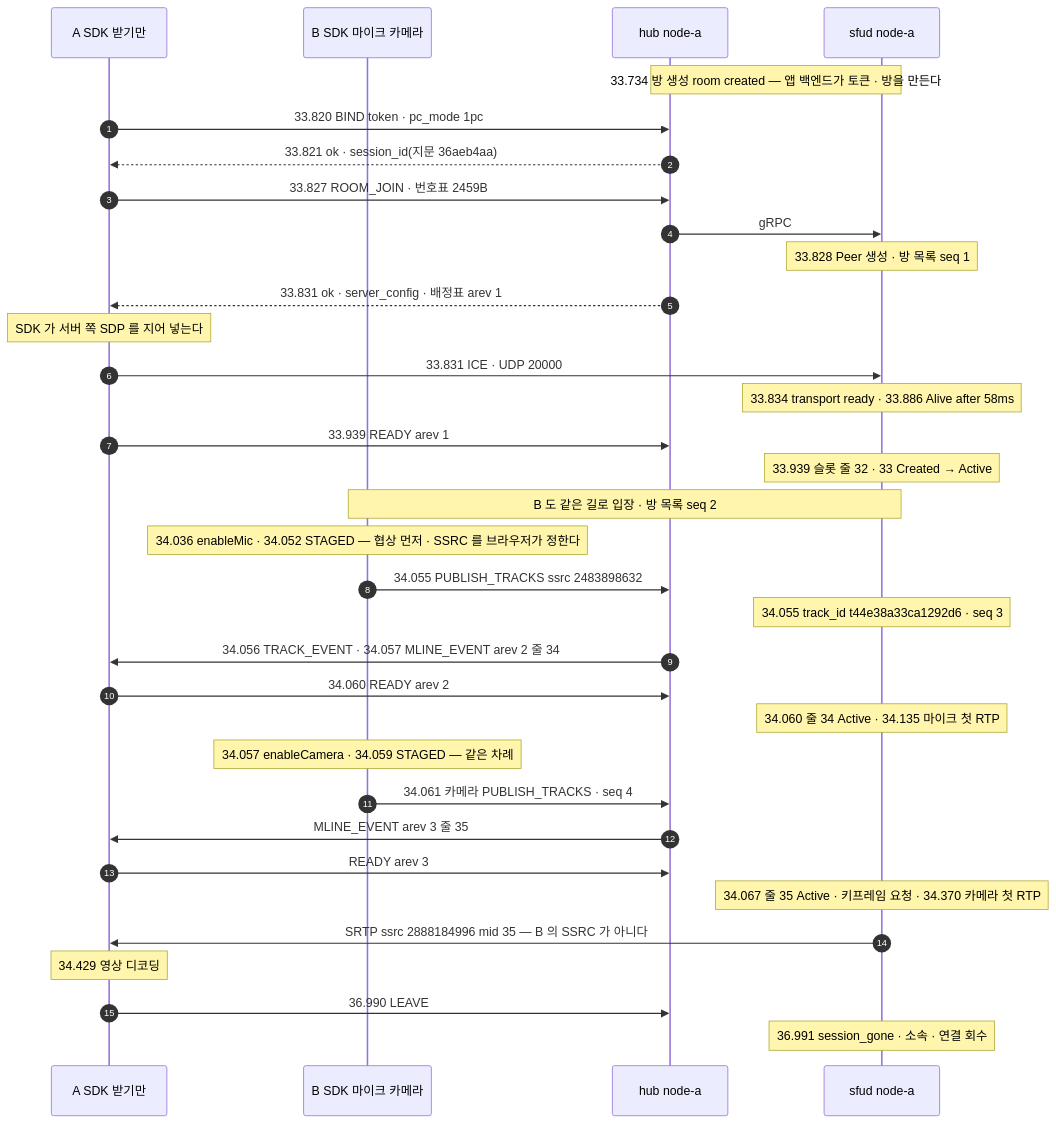
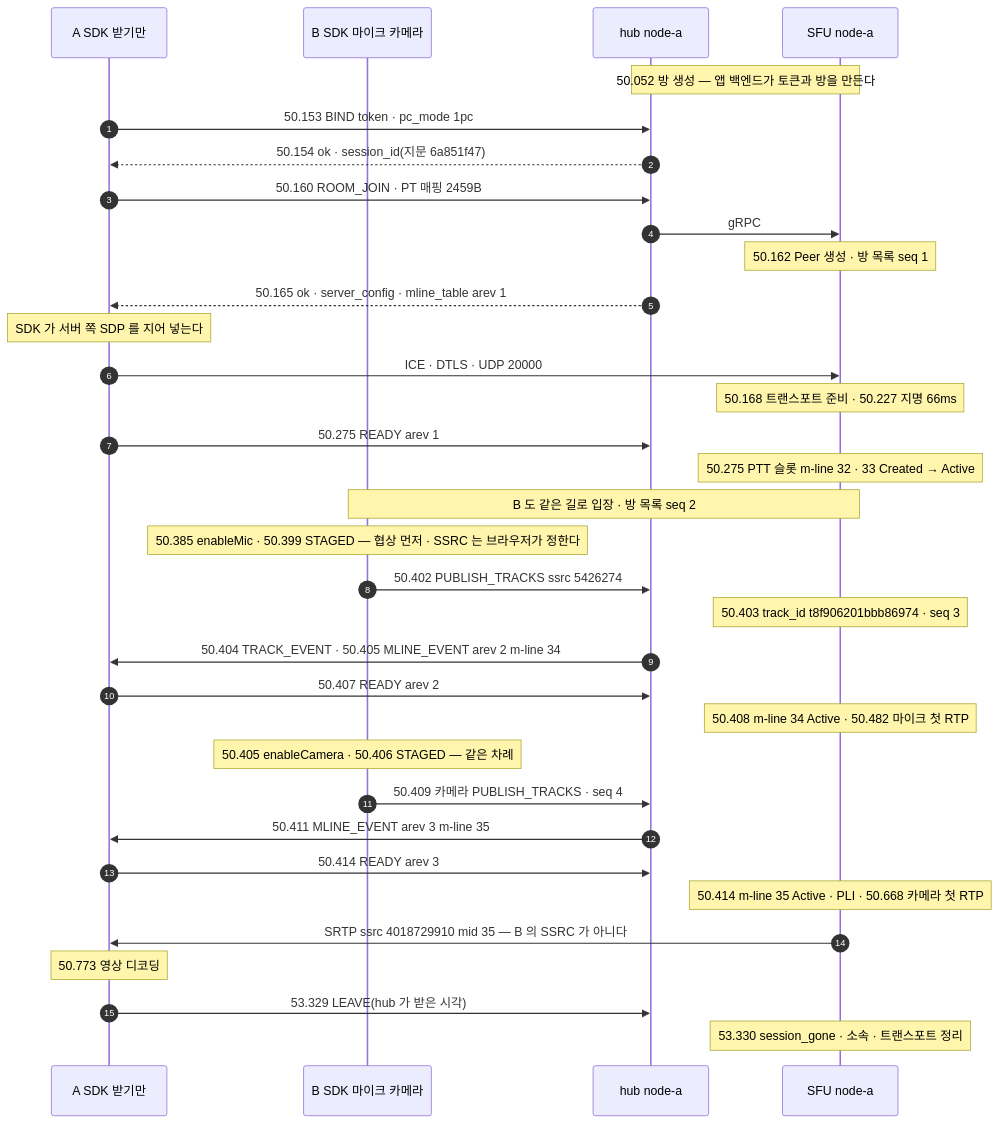
The second of 2 diagrams in docs/learn/01_OVERVIEW.md (kodeholic9/oxlens-sfu), drawn with Mermaid before and after one commit. The commit also changed other lines of this file and 19 other files, not shown here.

````diff
--- a/docs/learn/01_OVERVIEW.md
+++ b/docs/learn/01_OVERVIEW.md
@@ -64,36 +64,36 @@
 ```mermaid
 sequenceDiagram
   autonumber
   participant A as A SDK 받기만
   participant B as B SDK 마이크 카메라
   participant H as hub node-a
-  participant S as sfud node-a
-  Note over H,S: 33.734 방 생성 room created — 앱 백엔드가 토큰 · 방을 만든다
-  A->>H: 33.820 BIND token · pc_mode 1pc
-  H-->>A: 33.821 ok · session_id(지문 36aeb4aa)
-  A->>H: 33.827 ROOM_JOIN · 번호표 2459B
+  participant S as SFU node-a
+  Note over H,S: 50.052 방 생성 — 앱 백엔드가 토큰과 방을 만든다
+  A->>H: 50.153 BIND token · pc_mode 1pc
+  H-->>A: 50.154 ok · session_id(지문 6a851f47)
+  A->>H: 50.160 ROOM_JOIN · PT 매핑 2459B
   H->>S: gRPC
-  Note over S: 33.828 Peer 생성 · 방 목록 seq 1
-  H-->>A: 33.831 ok · server_config · 배정표 arev 1
+  Note over S: 50.162 Peer 생성 · 방 목록 seq 1
+  H-->>A: 50.165 ok · server_config · mline_table arev 1
   Note over A: SDK 가 서버 쪽 SDP 를 지어 넣는다
-  A->>S: 33.831 ICE · UDP 20000
-  Note over S: 33.834 transport ready · 33.886 Alive after 58ms
-  A->>H: 33.939 READY arev 1
-  Note over S: 33.939 슬롯 줄 32 · 33 Created → Active
+  A->>S: ICE · DTLS · UDP 20000
+  Note over S: 50.168 트랜스포트 준비 · 50.227 지명 66ms
+  A->>H: 50.275 READY arev 1
+  Note over S: 50.275 PTT 슬롯 m-line 32 · 33 Created → Active
   Note over B,S: B 도 같은 길로 입장 · 방 목록 seq 2
-  Note over B: 34.036 enableMic · 34.052 STAGED — 협상 먼저 · SSRC 를 브라우저가 정한다
-  B->>H: 34.055 PUBLISH_TRACKS ssrc 2483898632
-  Note over S: 34.055 track_id t44e38a33ca1292d6 · seq 3
-  H->>A: 34.056 TRACK_EVENT · 34.057 MLINE_EVENT arev 2 줄 34
-  A->>H: 34.060 READY arev 2
-  Note over S: 34.060 줄 34 Active · 34.135 마이크 첫 RTP
-  Note over B: 34.057 enableCamera · 34.059 STAGED — 같은 차례
-  B->>H: 34.061 카메라 PUBLISH_TRACKS · seq 4
-  H->>A: MLINE_EVENT arev 3 줄 35
-  A->>H: READY arev 3
-  Note over S: 34.067 줄 35 Active · 키프레임 요청 · 34.370 카메라 첫 RTP
-  S->>A: SRTP ssrc 2888184996 mid 35 — B 의 SSRC 가 아니다
-  Note over A: 34.429 영상 디코딩
-  A->>H: 36.990 LEAVE
-  Note over S: 36.991 session_gone · 소속 · 연결 회수
+  Note over B: 50.385 enableMic · 50.399 STAGED — 협상 먼저 · SSRC 는 브라우저가 정한다
+  B->>H: 50.402 PUBLISH_TRACKS ssrc 5426274
+  Note over S: 50.403 track_id t8f906201bbb86974 · seq 3
+  H->>A: 50.404 TRACK_EVENT · 50.405 MLINE_EVENT arev 2 m-line 34
+  A->>H: 50.407 READY arev 2
+  Note over S: 50.408 m-line 34 Active · 50.482 마이크 첫 RTP
+  Note over B: 50.405 enableCamera · 50.406 STAGED — 같은 차례
+  B->>H: 50.409 카메라 PUBLISH_TRACKS · seq 4
+  H->>A: 50.411 MLINE_EVENT arev 3 m-line 35
+  A->>H: 50.414 READY arev 3
+  Note over S: 50.414 m-line 35 Active · PLI · 50.668 카메라 첫 RTP
+  S->>A: SRTP ssrc 4018729910 mid 35 — B 의 SSRC 가 아니다
+  Note over A: 50.773 영상 디코딩
+  A->>H: 53.329 LEAVE(hub 가 받은 시각)
+  Note over S: 53.330 session_gone · 소속 · 트랜스포트 정리
 ```
````
